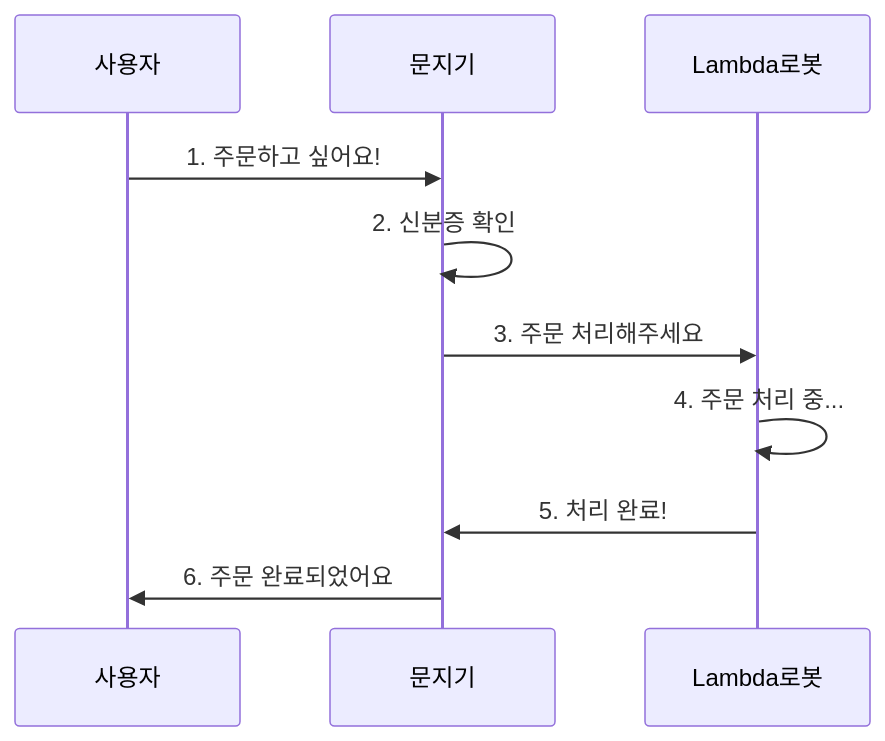
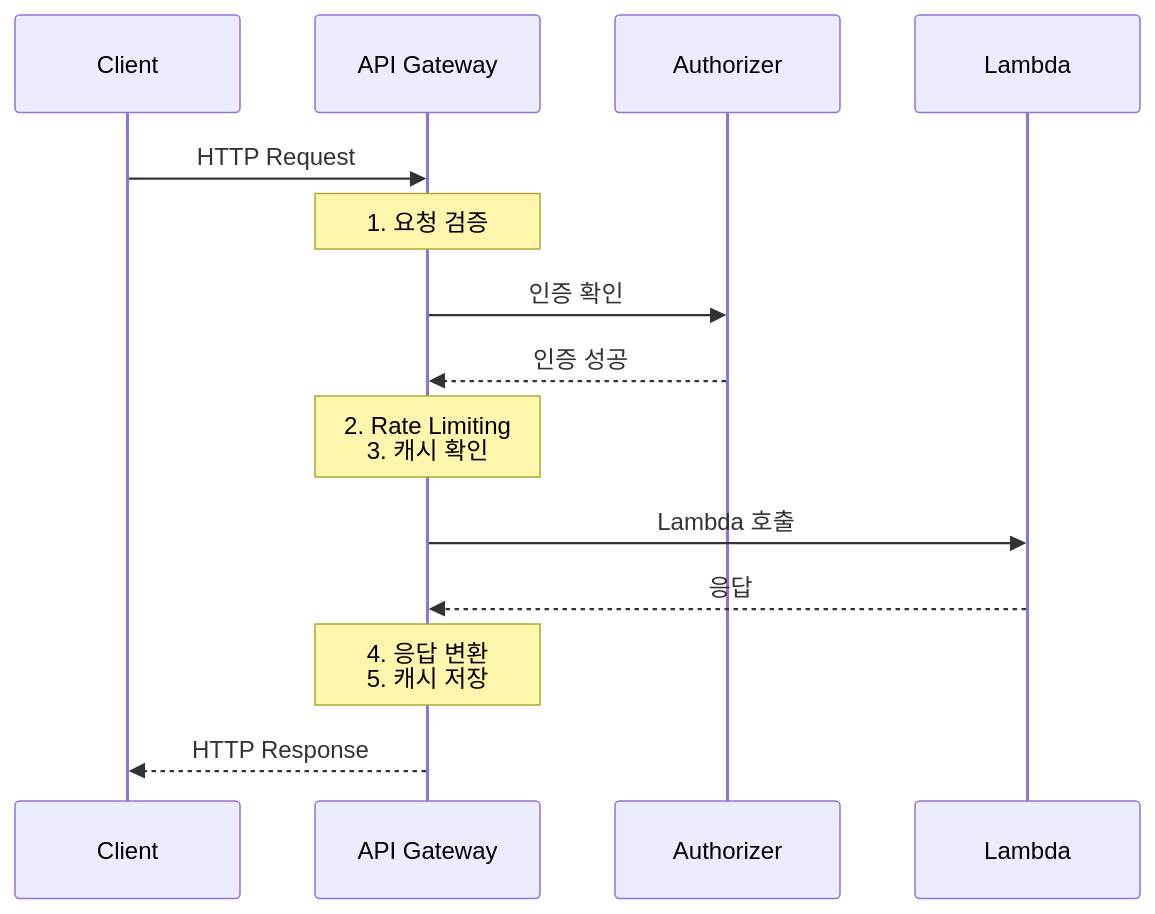
One commit to niceguy61/kdt_devops_lecture_2025 changed the second of 2 diagrams in theory/november/week_02/day2/session_1.md. Above: the diagram before and after it, drawn with Mermaid. The commit also changed other lines of this file and 4 other files, not shown here.

````diff
--- a/theory/november/week_02/day2/session_1.md
+++ b/theory/november/week_02/day2/session_1.md
@@ -147,13 +108,22 @@
 ```mermaid
 sequenceDiagram
-    participant 사용자
-    participant 문지기
-    participant Lambda로봇
+    participant C as Client
+    participant AG as API Gateway
+    participant AUTH as Authorizer
+    participant L as Lambda
     
-    사용자->>문지기: 1. 주문하고 싶어요!
-    문지기->>문지기: 2. 신분증 확인
-    문지기->>Lambda로봇: 3. 주문 처리해주세요
-    Lambda로봇->>Lambda로봇: 4. 주문 처리 중...
-    Lambda로봇->>문지기: 5. 처리 완료!
-    문지기->>사용자: 6. 주문 완료되었어요
+    C->>AG: HTTP Request
+    Note over AG: 1. 요청 검증
+    
+    AG->>AUTH: 인증 확인
+    AUTH-->>AG: 인증 성공
+    
+    Note over AG: 2. Rate Limiting<br/>3. 캐시 확인
+    
+    AG->>L: Lambda 호출
+    L-->>AG: 응답
+    
+    Note over AG: 4. 응답 변환<br/>5. 캐시 저장
+    
+    AG-->>C: HTTP Response
 ```
````
